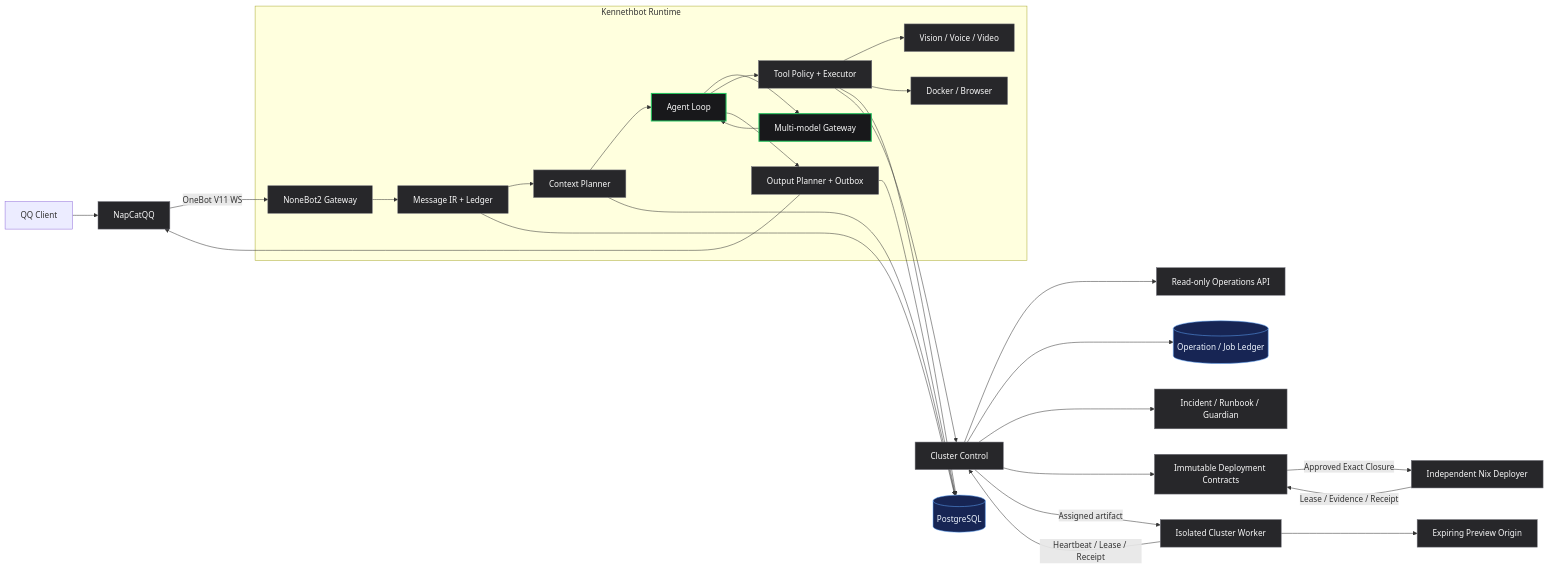
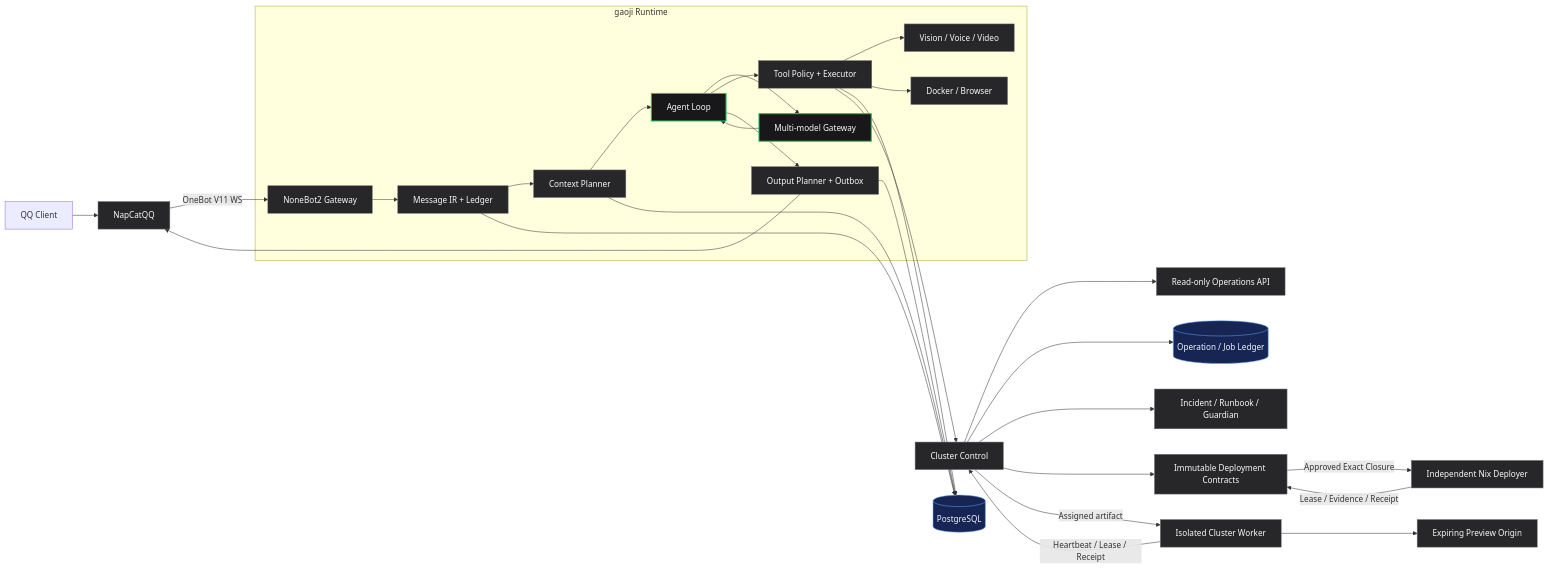
One commit to zty20040403/chat-bot changed the diagram in README.md. Above: the diagram before and after it, drawn with Mermaid. The commit also changed other lines of this file and 86 other files, not shown here.

Commit message:
feat: rebrand project as gaoji and document independent architecture

````diff
--- a/README.md
+++ b/README.md
@@ -80,40 +81,40 @@
 ```mermaid
 flowchart LR
     QQ[QQ Client] --> NC[NapCatQQ]
     NC -->|OneBot V11 WS| NB[NoneBot2 Gateway]
 
-    subgraph Runtime[Kennethbot Runtime]
+    subgraph Runtime[gaoji Runtime]
         NB --> IR[Message IR + Ledger]
         IR --> CTX[Context Planner]
         CTX --> AGENT[Agent Loop]
         AGENT --> LLM[Multi-model Gateway]
         LLM --> AGENT
         AGENT --> TOOLS[Tool Policy + Executor]
         TOOLS --> MEDIA[Vision / Voice / Video]
         TOOLS --> BOX[Docker / Browser]
         AGENT --> OUT[Output Planner + Outbox]
     end
 
     IR --> PG[(PostgreSQL)]
     CTX --> PG
     TOOLS --> PG
     OUT --> PG
     OUT --> NC
     TOOLS --> CC[Cluster Control]
     CC --> OPS[Read-only Operations API]
     CC --> QUEUE[(Operation / Job Ledger)]
     CC --> MEMORY[Incident / Runbook / Guardian]
     CC --> DEPLOY[Immutable Deployment Contracts]
     CW[Isolated Cluster Worker] -->|Heartbeat / Lease / Receipt| CC
     CC -->|Assigned artifact| CW
     CW --> PREVIEW[Expiring Preview Origin]
     CD[Independent Nix Deployer] -->|Lease / Evidence / Receipt| DEPLOY
     DEPLOY -->|Approved Exact Closure| CD
 
     classDef core fill:#18181b,stroke:#22c55e,color:#fafafa,stroke-width:2px;
     classDef service fill:#27272a,stroke:#71717a,color:#fafafa;
     classDef data fill:#172554,stroke:#60a5fa,color:#eff6ff;
     class AGENT,LLM core;
     class NC,NB,IR,CTX,TOOLS,MEDIA,BOX,OUT,CC,OPS,CW,PREVIEW,MEMORY,DEPLOY,CD service;
     class PG,QUEUE data;
 ```
````
